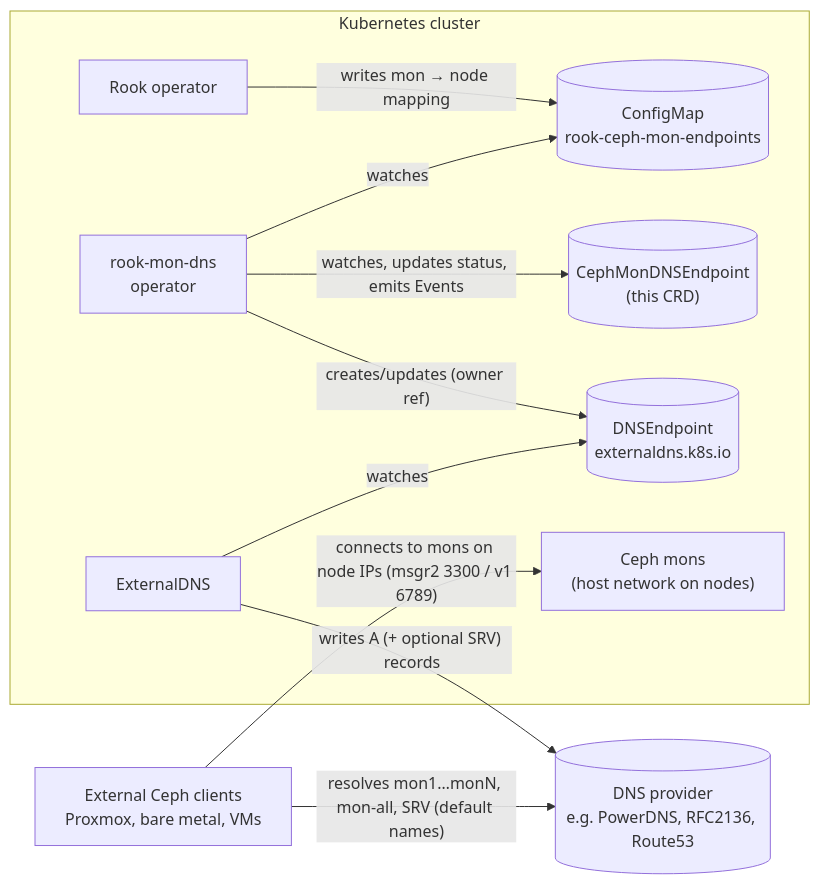
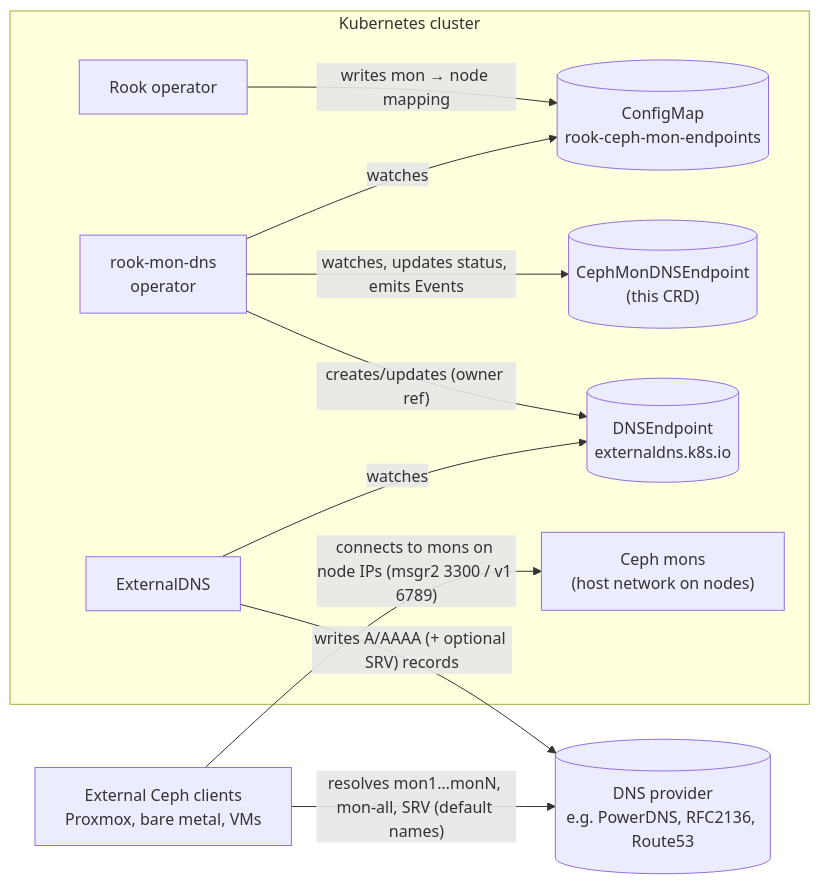
One commit to rook-mon-dns/rook-mon-dns changed the diagram in README.md. Above: the diagram before and after it, drawn with Mermaid. The commit also changed other lines of this file and 4 other files, not shown here.

````diff
--- a/README.md
+++ b/README.md
@@ -23,23 +23,23 @@
 ```mermaid
 flowchart LR
     subgraph k8s["Kubernetes cluster"]
         rook["Rook operator"]
         cm[("ConfigMap<br/>rook-ceph-mon-endpoints")]
         cr[("CephMonDNSEndpoint<br/>(this CRD)")]
         op["rook-mon-dns<br/>operator"]
         dnsep[("DNSEndpoint<br/>externaldns.k8s.io")]
         edns["ExternalDNS"]
         mons["Ceph mons<br/>(host network on nodes)"]
     end
     dns[("DNS provider<br/>e.g. PowerDNS, RFC2136, Route53")]
     client["External Ceph clients<br/>Proxmox, bare metal, VMs"]
 
     rook -- "writes mon → node mapping" --> cm
     op -- "watches" --> cm
     op -- "watches, updates status, emits Events" --> cr
     op -- "creates/updates (owner ref)" --> dnsep
     edns -- "watches" --> dnsep
-    edns -- "writes A (+ optional SRV) records" --> dns
+    edns -- "writes A/AAAA (+ optional SRV) records" --> dns
     client -- "resolves mon1…monN, mon-all, SRV (default names)" --> dns
     client -- "connects to mons on node IPs (msgr2 3300 / v1 6789)" --> mons
 ```
````
